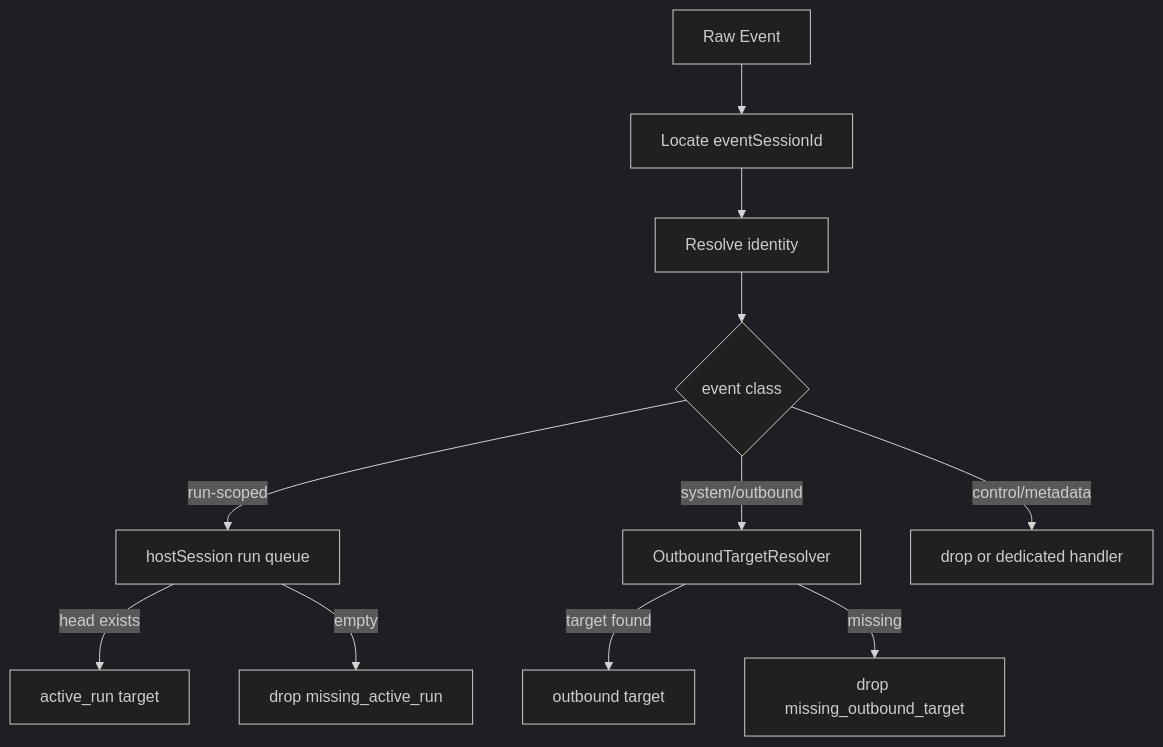
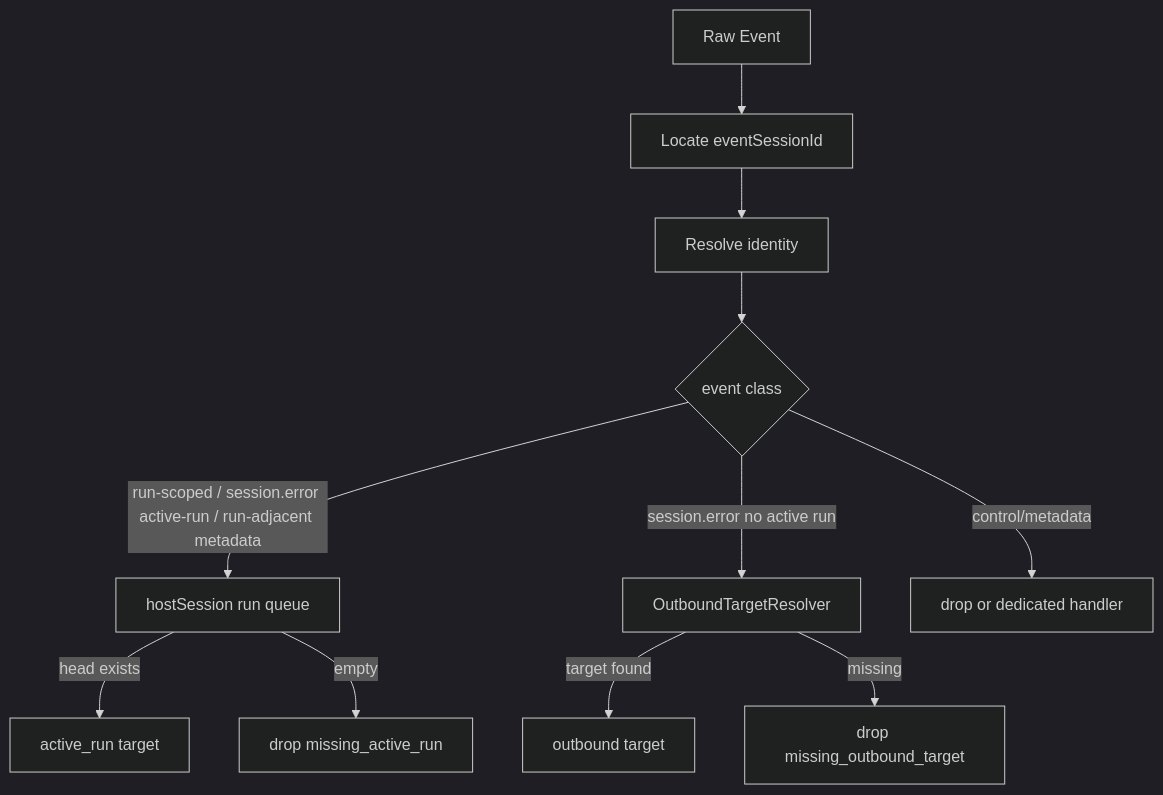
One commit to yuzhangCZ/agent-plugin changed the second of 7 diagrams in docs/design/message-bridge-opencode-event-routing-run-fifo-abort-design.md. Above: the diagram before and after it, drawn with Mermaid (dark theme). The commit also changed other lines of this file and 2 other files, not shown here.

````diff
--- a/docs/design/message-bridge-opencode-event-routing-run-fifo-abort-design.md
+++ b/docs/design/message-bridge-opencode-event-routing-run-fifo-abort-design.md
@@ -218,16 +238,16 @@
 ```mermaid
 flowchart TD
   E[Raw Event] --> L[Locate eventSessionId]
   L --> I[Resolve identity]
   I --> C{event class}
 
-  C -->|run-scoped| Q[hostSession run queue]
+  C -->|run-scoped / session.error active-run / run-adjacent metadata| Q[hostSession run queue]
   Q -->|head exists| AR[active_run target]
   Q -->|empty| D1[drop missing_active_run]
 
-  C -->|system/outbound| O[OutboundTargetResolver]
+  C -->|session.error no active run| O[OutboundTargetResolver]
   O -->|target found| OUT[outbound target]
   O -->|missing| D2[drop missing_outbound_target]
 
   C -->|control/metadata| D3[drop or dedicated handler]
 ```
````
